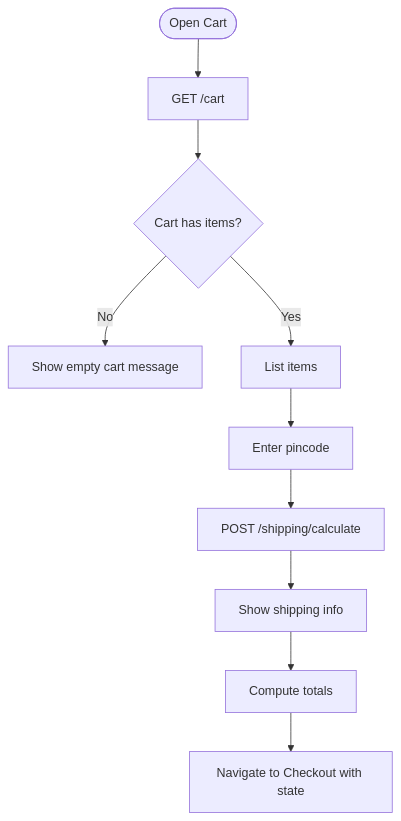
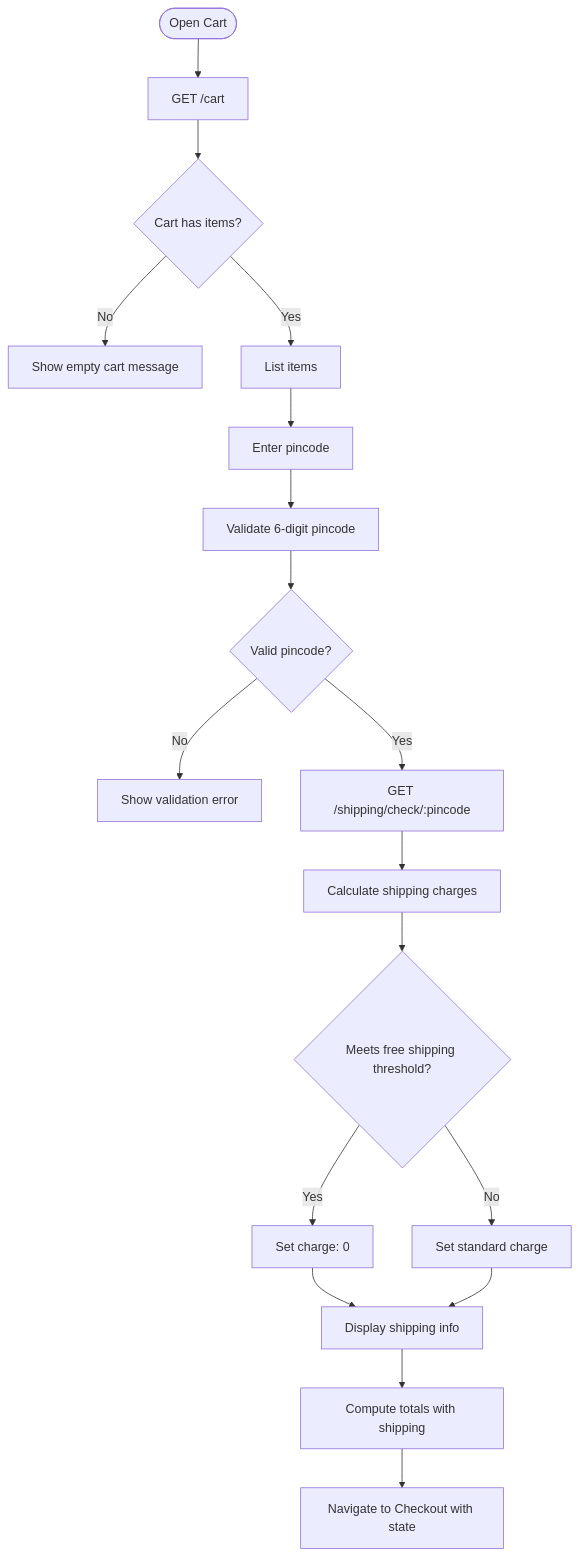
The fifth of 9 diagrams in .qoder/repowiki/en/content/Shopping Experience/Shopping Experience.md (Pavan-PSPK9032/TrendsandToss), drawn with Mermaid before and after one commit. The commit also changed other lines of this file and 16 other files, not shown here.

````diff
--- a/.qoder/repowiki/en/content/Shopping Experience/Shopping Experience.md
+++ b/.qoder/repowiki/en/content/Shopping Experience/Shopping Experience.md
@@ -267,12 +317,20 @@
 ```mermaid
 flowchart TD
 Enter(["Open Cart"]) --> LoadCart["GET /cart"]
 LoadCart --> Items{"Cart has items?"}
 Items --> |No| Empty["Show empty cart message"]
 Items --> |Yes| List["List items"]
 List --> Pincode["Enter pincode"]
-Pincode --> Calc["POST /shipping/calculate"]
-Calc --> Shipping["Show shipping info"]
-Shipping --> Summary["Compute totals"]
+Pincode --> Validate["Validate 6-digit pincode"]
+Validate --> Valid{"Valid pincode?"}
+Valid --> |No| Error["Show validation error"]
+Valid --> |Yes| Check["GET /shipping/check/:pincode"]
+Check --> Calc["Calculate shipping charges"]
+Calc --> Free{"Meets free shipping threshold?"}
+Free --> |Yes| FreeShip["Set charge: 0"]
+Free --> |No| Standard["Set standard charge"]
+FreeShip --> Display["Display shipping info"]
+Standard --> Display
+Display --> Summary["Compute totals with shipping"]
 Summary --> Proceed["Navigate to Checkout with state"]
 ```
````
